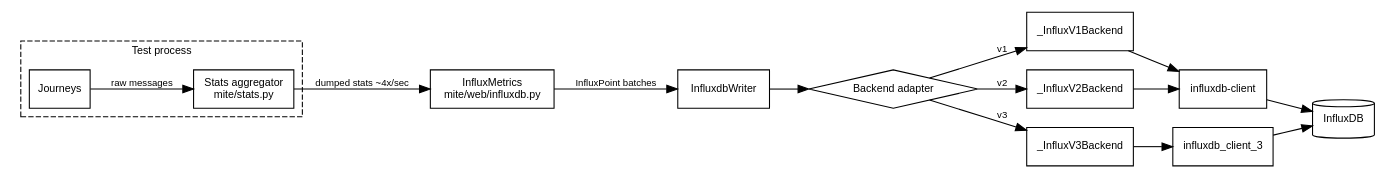
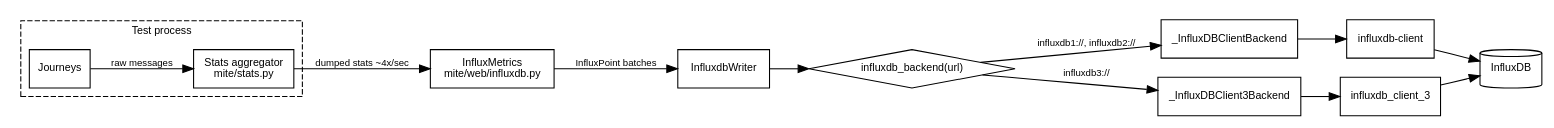
The first of 2 diagrams in docs/influxdb.md (sky-uk/mite), drawn with Graphviz before and after one commit. The commit also changed other lines of this file and 14 other files, not shown here.

````diff
--- a/docs/influxdb.md
+++ b/docs/influxdb.md
@@ -100,39 +103,36 @@
 ```{graphviz}
 digraph influxdb_architecture {
     rankdir=LR;
     node [shape=box, fontname="sans-serif", fontsize=10];
     edge [fontname="sans-serif", fontsize=9];
 
     subgraph cluster_test {
         label="Test process";
         fontname="sans-serif";
         fontsize=10;
         style=dashed;
         J [label="Journeys"];
         S [label="Stats aggregator\nmite/stats.py"];
         J -> S [label="raw messages"];
     }
 
     IM [label="InfluxMetrics\nmite/web/influxdb.py"];
     W  [label="InfluxdbWriter"];
-    B  [label="Backend adapter", shape=diamond];
-    B1 [label="_InfluxV1Backend"];
-    B2 [label="_InfluxV2Backend"];
-    B3 [label="_InfluxV3Backend"];
+    B  [label="influxdb_backend(url)", shape=diamond];
+    B1 [label="_InfluxDBClientBackend"];
+    B3 [label="_InfluxDBClient3Backend"];
     C1 [label="influxdb-client"];
     C2 [label="influxdb_client_3"];
     DB [label="InfluxDB", shape=cylinder];
 
     S  -> IM [label="dumped stats ~4x/sec"];
     IM -> W  [label="InfluxPoint batches"];
     W  -> B;
-    B  -> B1 [label="v1"];
-    B  -> B2 [label="v2"];
-    B  -> B3 [label="v3"];
+    B  -> B1 [label="influxdb1://, influxdb2://"];
+    B  -> B3 [label="influxdb3://"];
     B1 -> C1;
-    B2 -> C1;
     B3 -> C2;
     C1 -> DB;
     C2 -> DB;
 }
 ```
````
